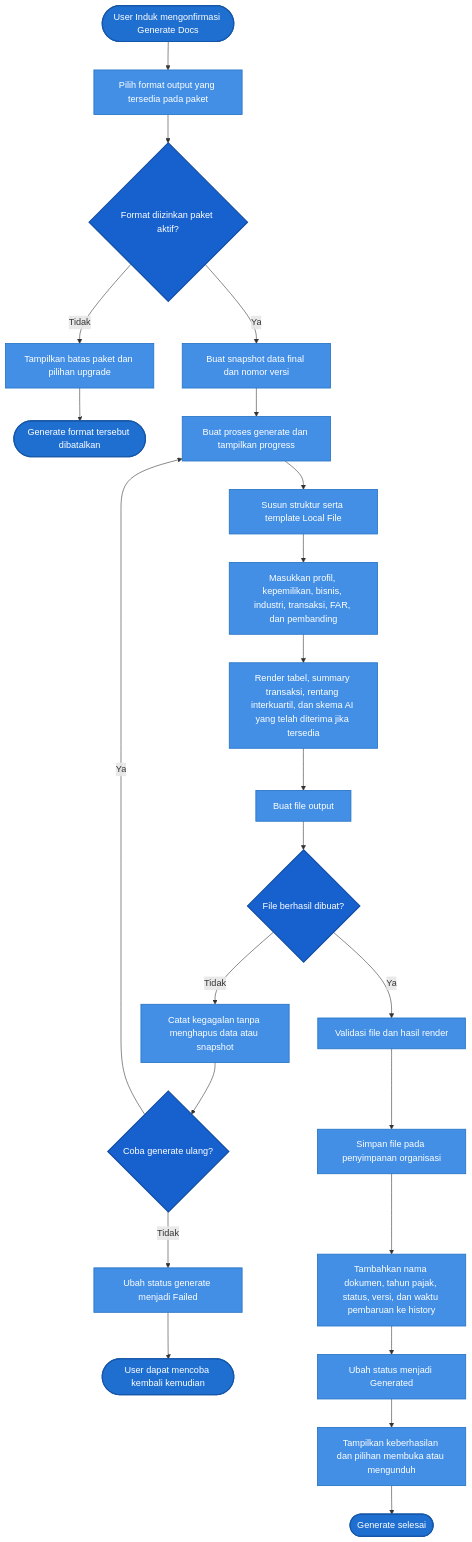
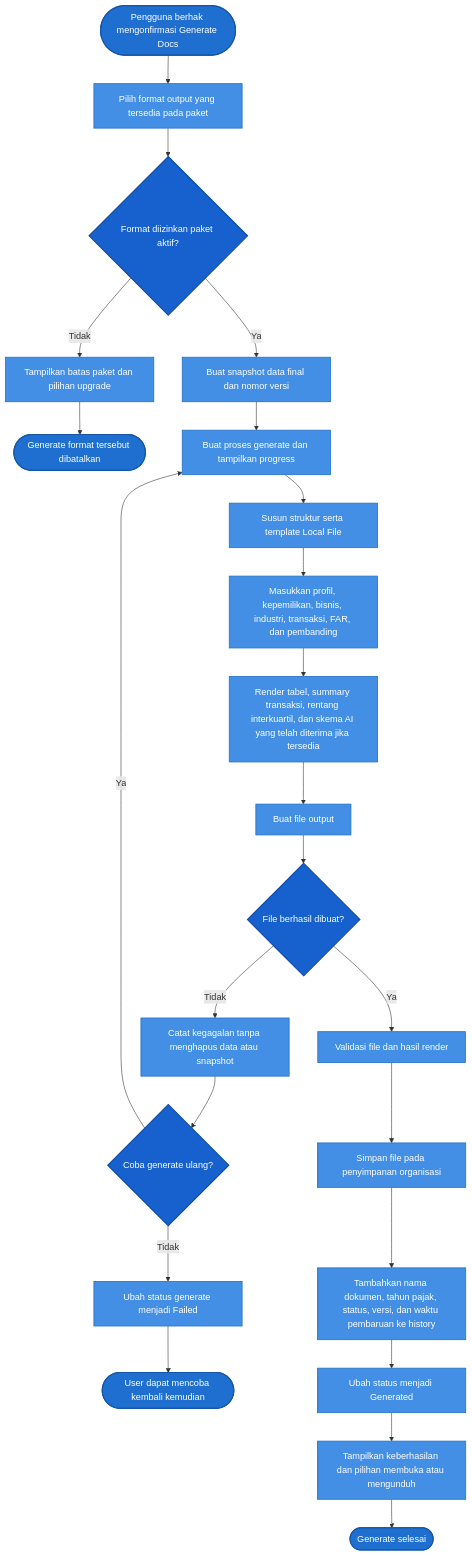
The third of 4 diagrams in 01-By-System/03-Business-Flow/02-Document-Generation.md (dayatmuc/tp-docs-documentation), drawn with Mermaid before and after one commit. The commit also changed other lines of this file and 35 other files, not shown here.

````diff
--- a/01-By-System/03-Business-Flow/02-Document-Generation.md
+++ b/01-By-System/03-Business-Flow/02-Document-Generation.md
@@ -106,35 +106,35 @@
 ```mermaid
 flowchart TD
-    GG_START([User Induk mengonfirmasi Generate Docs]) --> GG_FORMAT[Pilih format output yang tersedia pada paket]
+    GG_START([Pengguna berhak mengonfirmasi Generate Docs]) --> GG_FORMAT[Pilih format output yang tersedia pada paket]
     GG_FORMAT --> GG_ALLOWED{"Format diizinkan paket aktif?"}
     GG_ALLOWED -- "Tidak" --> GG_UPGRADE[Tampilkan batas paket dan pilihan upgrade]
     GG_UPGRADE --> GG_END_UPGRADE([Generate format tersebut dibatalkan])
 
     GG_ALLOWED -- "Ya" --> GG_SNAPSHOT[Buat snapshot data final dan nomor versi]
     GG_SNAPSHOT --> GG_JOB[Buat proses generate dan tampilkan progress]
     GG_JOB --> GG_TEMPLATE[Susun struktur serta template Local File]
     GG_TEMPLATE --> GG_CONTENT[Masukkan profil, kepemilikan, bisnis, industri, transaksi, FAR, dan pembanding]
     GG_CONTENT --> GG_TABLE[Render tabel, summary transaksi, rentang interkuartil, dan skema AI yang telah diterima jika tersedia]
     GG_TABLE --> GG_FILE[Buat file output]
     GG_FILE --> GG_SUCCESS{"File berhasil dibuat?"}
 
     GG_SUCCESS -- "Tidak" --> GG_FAIL[Catat kegagalan tanpa menghapus data atau snapshot]
     GG_FAIL --> GG_RETRY{"Coba generate ulang?"}
     GG_RETRY -- "Ya" --> GG_JOB
     GG_RETRY -- "Tidak" --> GG_FAILED_STATUS[Ubah status generate menjadi Failed]
     GG_FAILED_STATUS --> GG_END_FAIL([User dapat mencoba kembali kemudian])
 
     GG_SUCCESS -- "Ya" --> GG_SCAN[Validasi file dan hasil render]
     GG_SCAN --> GG_STORE[Simpan file pada penyimpanan organisasi]
     GG_STORE --> GG_HISTORY[Tambahkan nama dokumen, tahun pajak, status, versi, dan waktu pembaruan ke history]
     GG_HISTORY --> GG_STATUS[Ubah status menjadi Generated]
     GG_STATUS --> GG_NOTIFY[Tampilkan keberhasilan dan pilihan membuka atau mengunduh]
     GG_NOTIFY --> GG_END([Generate selesai])
 
     classDef terminal fill:#1f6fd1,color:#fff,stroke:#1556a8,stroke-width:2px;
     classDef process fill:#438fe6,color:#fff,stroke:#2875c7,stroke-width:1.5px;
     classDef decision fill:#1761cf,color:#fff,stroke:#104ba3,stroke-width:2px;
     class GG_START,GG_END_UPGRADE,GG_END_FAIL,GG_END terminal;
     class GG_FORMAT,GG_UPGRADE,GG_SNAPSHOT,GG_JOB,GG_TEMPLATE,GG_CONTENT,GG_TABLE,GG_FILE,GG_FAIL,GG_FAILED_STATUS,GG_SCAN,GG_STORE,GG_HISTORY,GG_STATUS,GG_NOTIFY process;
     class GG_ALLOWED,GG_SUCCESS,GG_RETRY decision;
 ```
````
